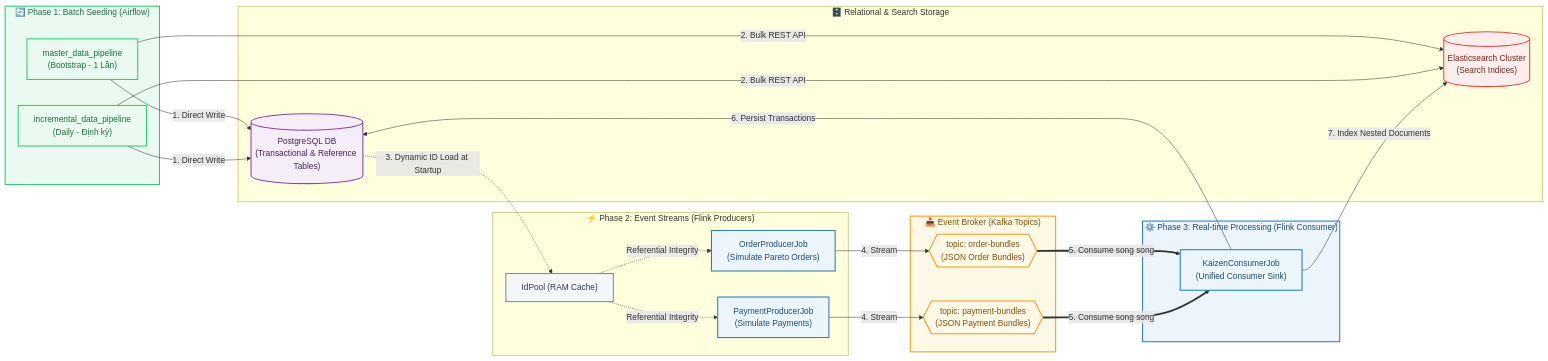
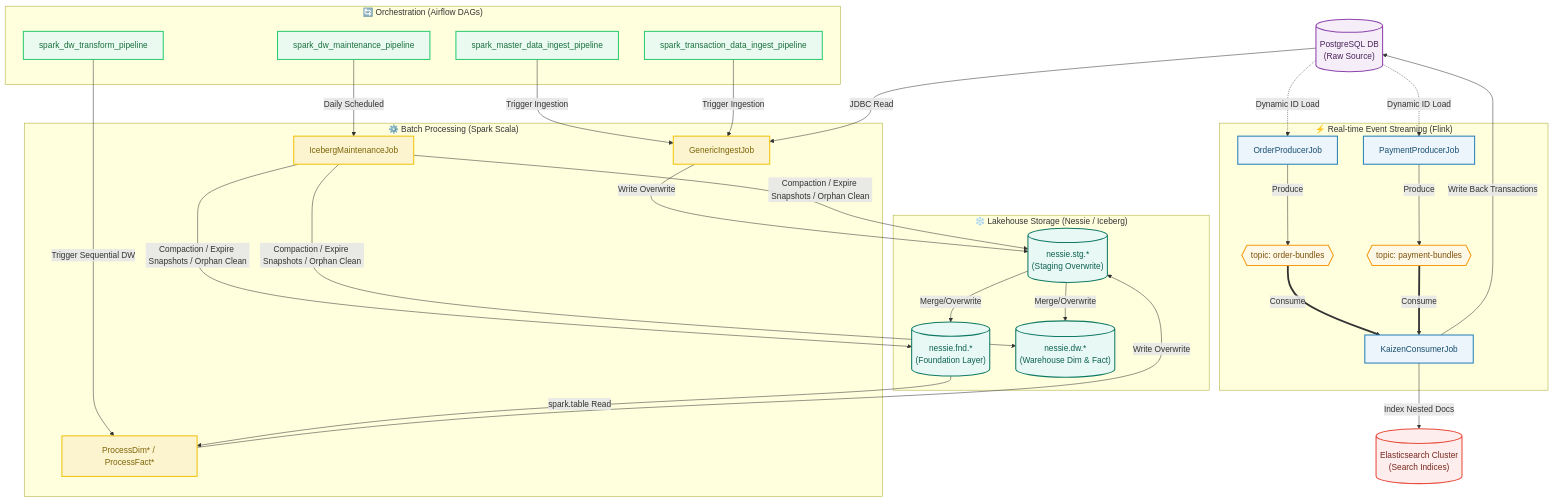
Before and after one commit to tuancaokaizen/kaizen_data_platform: the diagram in README.md, drawn with Mermaid. The commit also changed other lines of this file and 55 other files, not shown here.

````diff
--- a/README.md
+++ b/README.md
@@ -11,58 +11,77 @@
 ```mermaid
-flowchart LR
+flowchart TD
     %% Styles & Classes Configuration
     classDef airflow fill:#eafaf1,stroke:#2ecc71,stroke-width:2px,color:#196f3d;
     classDef flink fill:#ebf5fb,stroke:#2980b9,stroke-width:2px,color:#1b4f72;
     classDef kafka fill:#fef9e7,stroke:#f39c12,stroke-width:2px,color:#7e5109;
     classDef postgres fill:#f5eef8,stroke:#8e44ad,stroke-width:2px,color:#4a235a;
     classDef elastic fill:#fdedec,stroke:#e74c3c,stroke-width:2px,color:#78281f;
-    classDef idpool fill:#f4f6f7,stroke:#7f8c8d,stroke-width:2px,color:#2c3e50;
+    classDef spark fill:#fcf3cf,stroke:#f1c40f,stroke-width:2px,color:#7d6608;
+    classDef nessie fill:#e8f8f5,stroke:#117a65,stroke-width:2px,color:#0e6251;
 
     %% Nodes Definitions
-    subgraph S_AIRFLOW ["🔄 Phase 1: Batch Seeding (Airflow)"]
-        DAG1["master_data_pipeline<br/>(Bootstrap - 1 Lần)"]
-        DAG2["incremental_data_pipeline<br/>(Daily - Định kỳ)"]
+    PG_RAW[("PostgreSQL DB<br/>(Raw Source)")]
+    class PG_RAW postgres;
+
+    %% Phase 1: Real-time Flow
+    subgraph S_STREAM ["⚡ Real-time Event Streaming (Flink)"]
+        OP["OrderProducerJob"]
+        PP["PaymentProducerJob"]
+        T_ORDER{{"topic: order-bundles"}}
+        T_PAY{{"topic: payment-bundles"}}
+        KC["KaizenConsumerJob"]
     end
-    class S_AIRFLOW,DAG1,DAG2 airflow;
+    class OP,PP,KC flink;
+    class T_ORDER,T_PAY kafka;
 
-    subgraph S_DB ["🗄️ Relational & Search Storage"]
-        PG[("PostgreSQL DB<br/>(Transactional & Reference Tables)")]
-        ES[("Elasticsearch Cluster<br/>(Search Indices)")]
+    %% Phase 2: Batch Lakehouse Flow
+    subgraph S_AIRFLOW ["🔄 Orchestration (Airflow DAGs)"]
+        DAG_M["spark_master_data_ingest_pipeline"]
+        DAG_I["spark_transaction_data_ingest_pipeline"]
+        DAG_T["spark_dw_transform_pipeline"]
+        DAG_MA["spark_dw_maintenance_pipeline"]
     end
-    class PG postgres;
+    class DAG_M,DAG_I,DAG_T,DAG_MA airflow;
+
+    subgraph S_SPARK ["⚙️ Batch Processing (Spark Scala)"]
+        INGEST["GenericIngestJob"]
+        TRANS["ProcessDim* / ProcessFact*"]
+        MAINT["IcebergMaintenanceJob"]
+    end
+    class INGEST,TRANS,MAINT spark;
+
+    subgraph S_NESSIE ["❄️ Lakehouse Storage (Nessie / Iceberg)"]
+        STG[("nessie.stg.*<br/>(Staging Overwrite)")]
+        FND[("nessie.fnd.*<br/>(Foundation Layer)")]
+        DW[("nessie.dw.*<br/>(Warehouse Dim & Fact)")]
+    end
+    class STG,FND,DW nessie;
+
+    ES[("Elasticsearch Cluster<br/>(Search Indices)")]
     class ES elastic;
 
-    subgraph S_PRODUCER ["⚡ Phase 2: Event Streams (Flink Producers)"]
-        IP["IdPool (RAM Cache)"]
-        OP["OrderProducerJob<br/>(Simulate Pareto Orders)"]
-        PP["PaymentProducerJob<br/>(Simulate Payments)"]
-    end
-    class IP idpool;
-    class OP,PP flink;
+    %% Connections
+    %% Real-time
+    PG_RAW -.->|Dynamic ID Load| OP & PP
+    OP -->|Produce| T_ORDER
+    PP -->|Produce| T_PAY
+    T_ORDER & T_PAY ==>|Consume| KC
+    KC -->|Write Back Transactions| PG_RAW
+    KC -->|Index Nested Docs| ES
 
-    subgraph S_KAFKA ["📥 Event Broker (Kafka Topics)"]
-        T_ORDER{{"topic: order-bundles<br/>(JSON Order Bundles)"}}
-        T_PAY{{"topic: payment-bundles<br/>(JSON Payment Bundles)"}}
-    end
-    class S_KAFKA,T_ORDER,T_PAY kafka;
+    %% Ingestion
+    DAG_M & DAG_I -->|Trigger Ingestion| INGEST
+    PG_RAW -->|JDBC Read| INGEST
+    INGEST -->|Write Overwrite| STG
+    STG -->|Merge/Overwrite| FND
 
-    subgraph S_CONSUMER ["⚙️ Phase 3: Real-time Processing (Flink Consumer)"]
-        KC["KaizenConsumerJob<br/>(Unified Consumer Sink)"]
-    end
-    class S_CONSUMER,KC flink;
+    %% Transformation
+    DAG_T -->|Trigger Sequential DW| TRANS
+    FND -->|spark.table Read| TRANS
+    TRANS -->|Write Overwrite| STG
+    STG -->|Merge/Overwrite| DW
 
-    %% Flow Connections
-    DAG1 & DAG2 -->|1. Direct Write| PG
-    DAG1 & DAG2 -->|2. Bulk REST API| ES
-
-    PG -.->|3. Dynamic ID Load at Startup| IP
-    IP -.->|Referential Integrity| OP & PP
-
-    OP -->|4. Stream| T_ORDER
-    PP -->|4. Stream| T_PAY
-
-    T_ORDER & T_PAY ==>|5. Consume song song| KC
-
-    KC -->|6. Persist Transactions| PG
-    KC -->|7. Index Nested Documents| ES
+    %% Maintenance
+    DAG_MA -->|Daily Scheduled| MAINT
+    MAINT -->|Compaction / Expire Snapshots / Orphan Clean| FND & DW & STG
 ```
````
